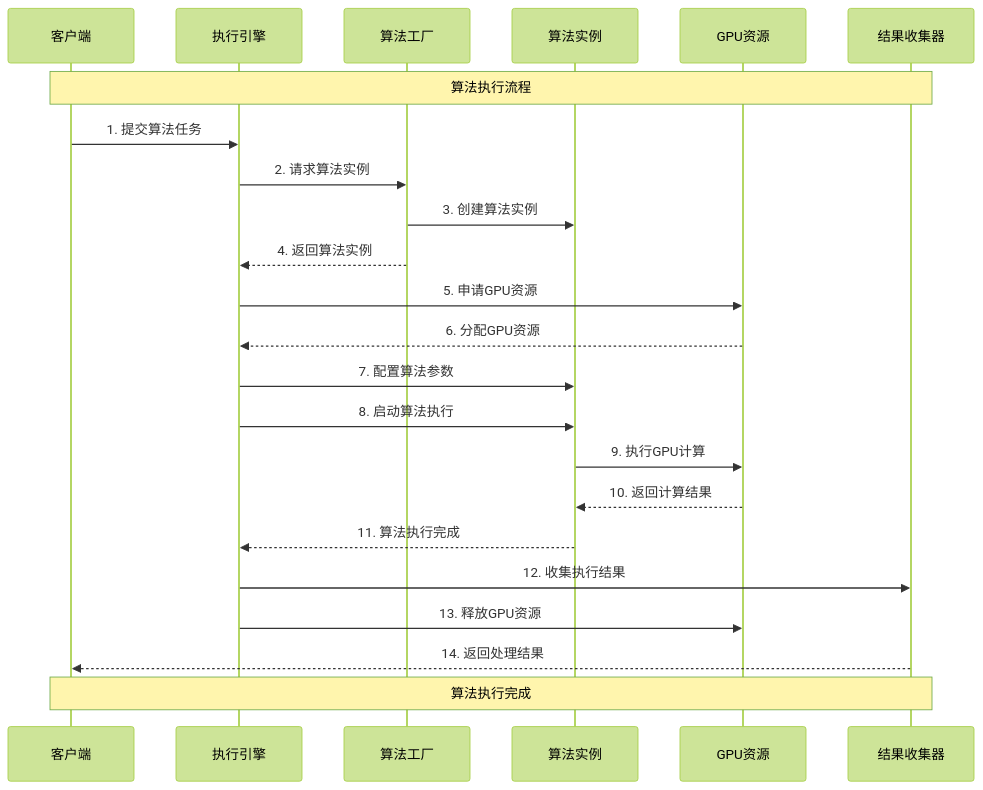
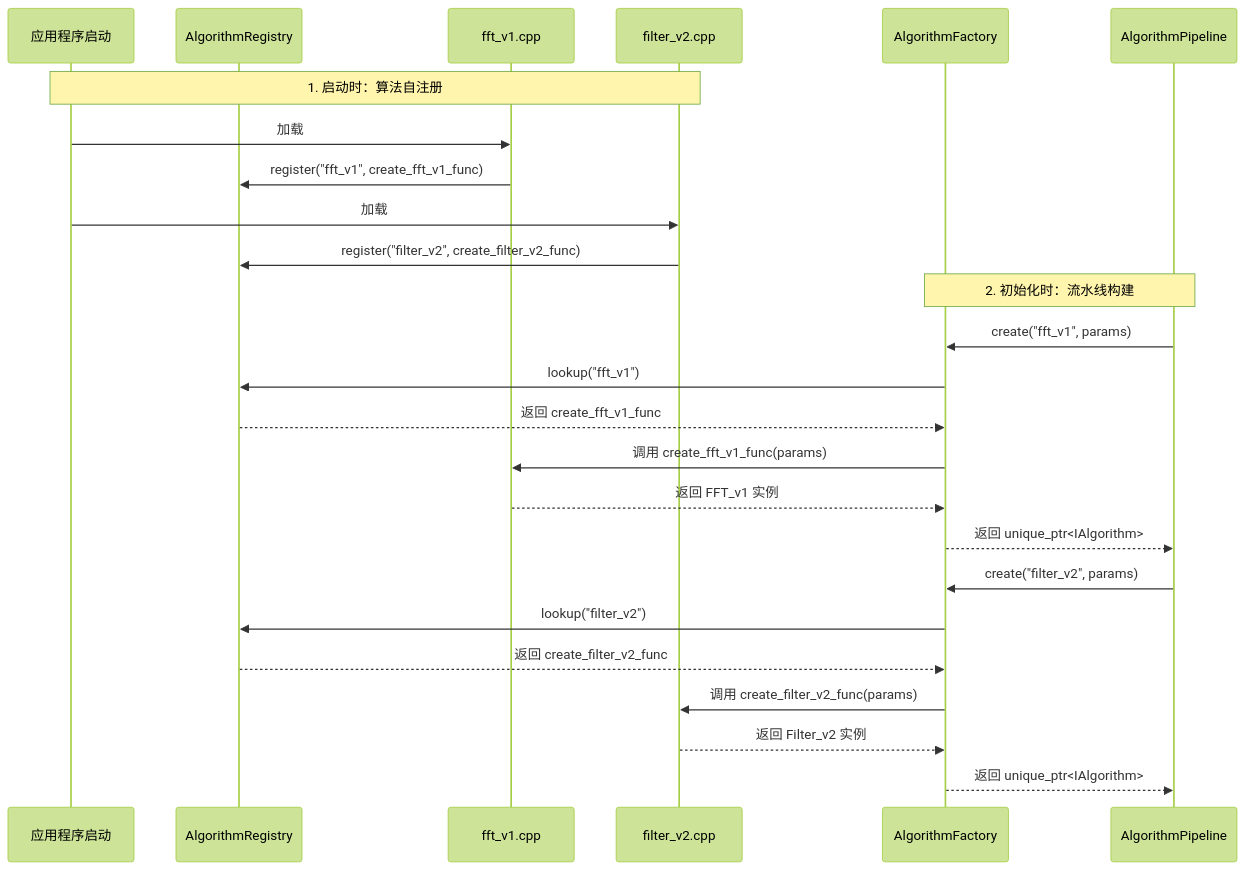
One commit to wendizhou99-cell/Radar changed diagram 12 of 15 in docs/01_项目设计/02_模块设计/02_信号处理模块设计.md. Above: the diagram before and after it, drawn with Mermaid (forest theme). The commit also changed other lines of this file and 7 other files, not shown here.

````diff
--- a/docs/01_项目设计/02_模块设计/02_信号处理模块设计.md
+++ b/docs/01_项目设计/02_模块设计/02_信号处理模块设计.md
@@ -662,33 +644,30 @@
 ```mermaid
 sequenceDiagram
-    participant Client as 客户端
-    participant Engine as 执行引擎
-    participant Factory as 算法工厂
-    participant Algorithm as 算法实例
-    participant GPU as GPU资源
-    participant Collector as 结果收集器
+    participant App as 应用程序启动
+    participant Registry as AlgorithmRegistry
+    participant FFT_CPP as fft_v1.cpp
+    participant Filter_CPP as filter_v2.cpp
+    participant Factory as AlgorithmFactory
+    participant Pipeline as AlgorithmPipeline
 
-    Note over Client,Collector: 算法执行流程
+    Note over App,Filter_CPP: 1. 启动时：算法自注册
+    App->>FFT_CPP: 加载
+    FFT_CPP->>Registry: register("fft_v1", create_fft_v1_func)
+    App->>Filter_CPP: 加载
+    Filter_CPP->>Registry: register("filter_v2", create_filter_v2_func)
 
-    Client->>Engine: 1. 提交算法任务
-    Engine->>Factory: 2. 请求算法实例
-    Factory->>Algorithm: 3. 创建算法实例
-    Factory-->>Engine: 4. 返回算法实例
+    Note over Factory,Pipeline: 2. 初始化时：流水线构建
+    Pipeline->>Factory: create("fft_v1", params)
+    Factory->>Registry: lookup("fft_v1")
+    Registry-->>Factory: 返回 create_fft_v1_func
+    Factory->>FFT_CPP: 调用 create_fft_v1_func(params)
+    FFT_CPP-->>Factory: 返回 FFT_v1 实例
+    Factory-->>Pipeline: 返回 unique_ptr<IAlgorithm>
 
-    Engine->>GPU: 5. 申请GPU资源
-    GPU-->>Engine: 6. 分配GPU资源
-
-    Engine->>Algorithm: 7. 配置算法参数
-    Engine->>Algorithm: 8. 启动算法执行
-
-    Algorithm->>GPU: 9. 执行GPU计算
-    GPU-->>Algorithm: 10. 返回计算结果
-
-    Algorithm-->>Engine: 11. 算法执行完成
-    Engine->>Collector: 12. 收集执行结果
-    Engine->>GPU: 13. 释放GPU资源
-
-    Collector-->>Client: 14. 返回处理结果
-
-    Note over Client,Collector: 算法执行完成
+    Pipeline->>Factory: create("filter_v2", params)
+    Factory->>Registry: lookup("filter_v2")
+    Registry-->>Factory: 返回 create_filter_v2_func
+    Factory->>Filter_CPP: 调用 create_filter_v2_func(params)
+    Filter_CPP-->>Factory: 返回 Filter_v2 实例
+    Factory-->>Pipeline: 返回 unique_ptr<IAlgorithm>
 ```
````
